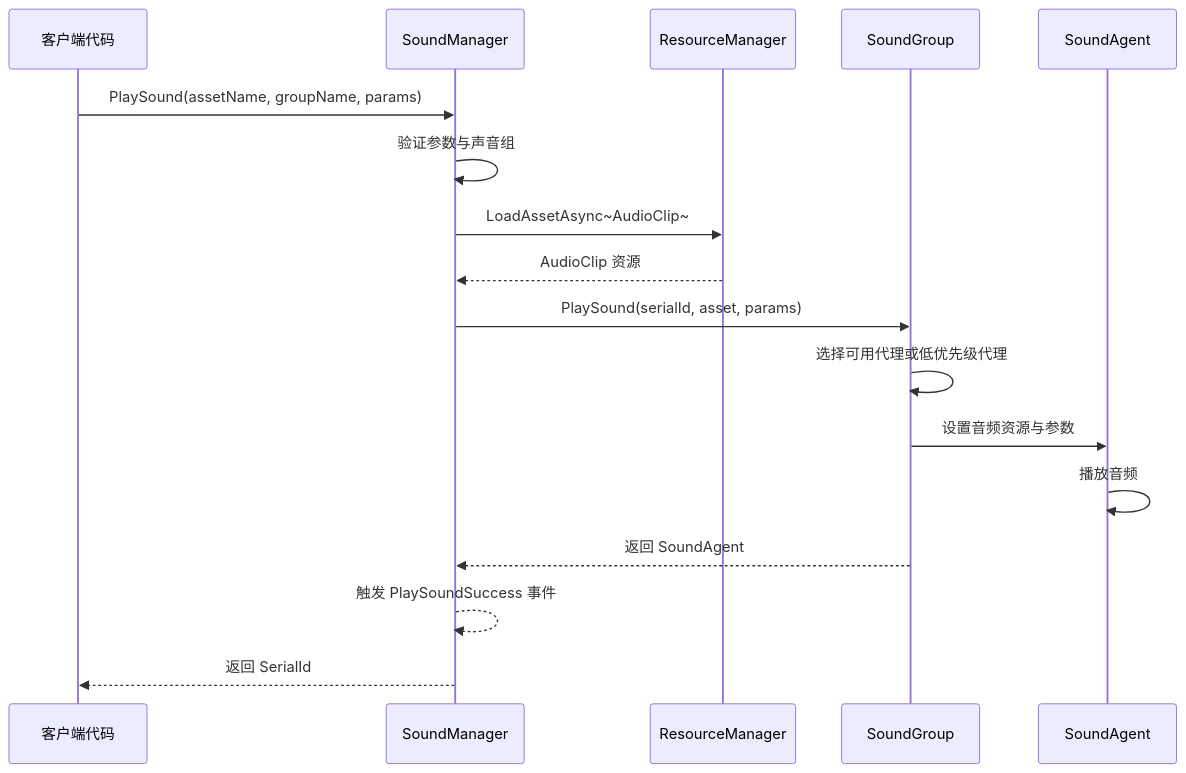
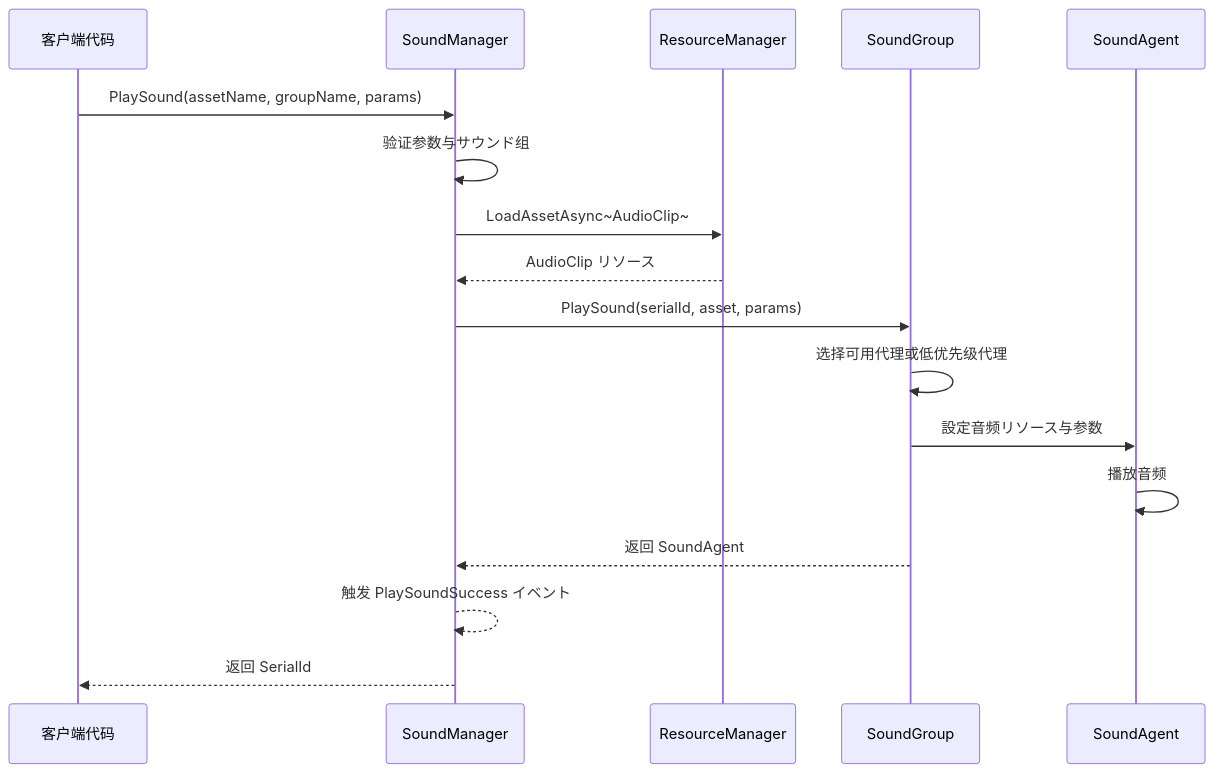
The third of 4 diagrams in docs/ja/client/unity/component/sound/01.overview.md (AlianBlank/GameFrameX.Docs), drawn with Mermaid before and after one commit. The commit also changed other lines of this file and 603 other files, not shown here.

````diff
--- a/docs/ja/client/unity/component/sound/01.overview.md
+++ b/docs/ja/client/unity/component/sound/01.overview.md
@@ -147,20 +147,20 @@
 ```mermaid
 sequenceDiagram
     participant Client as 客户端代码
     participant SM as SoundManager
     participant RM as ResourceManager
     participant SG as SoundGroup
     participant SA as SoundAgent
 
     Client->>SM: PlaySound(assetName, groupName, params)
-    SM->>SM: 验证参数与声音组
+    SM->>SM: 验证参数与サウンド组
     SM->>RM: LoadAssetAsync~AudioClip~
-    RM-->>SM: AudioClip 资源
+    RM-->>SM: AudioClip リソース
     SM->>SG: PlaySound(serialId, asset, params)
     SG->>SG: 选择可用代理或低优先级代理
-    SG->>SA: 设置音频资源与参数
+    SG->>SA: 設定音频リソース与参数
     SA->>SA: 播放音频
     SG-->>SM: 返回 SoundAgent
-    SM-->>SM: 触发 PlaySoundSuccess 事件
+    SM-->>SM: 触发 PlaySoundSuccess イベント
     SM-->>Client: 返回 SerialId
 ```
````
